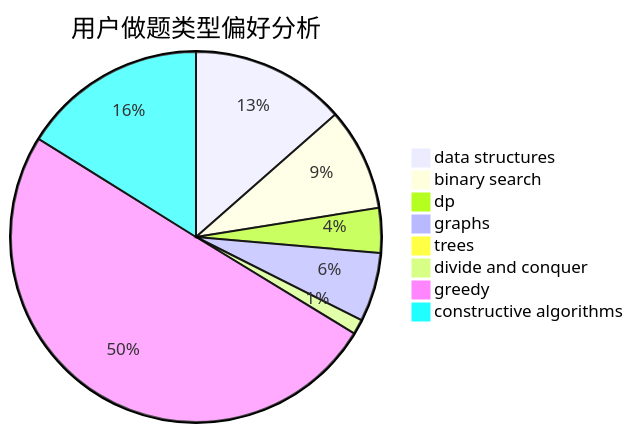
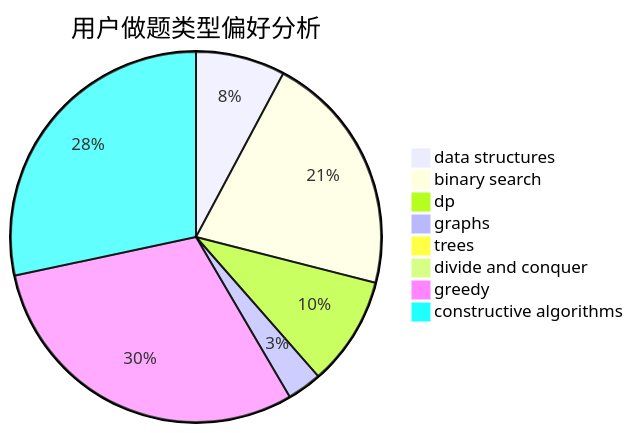
Before and after one commit to sherpahu/cfrs.github.io: the second of 3 diagrams in docs/user/u628.md, drawn with Mermaid. The commit also changed other lines of this file and 2770 other files, not shown here.

````diff
--- a/docs/user/u628.md
+++ b/docs/user/u628.md
@@ -23,11 +23,11 @@
 ```mermaid
 pie title 用户做题类型偏好分析
-    "data structures" :  83
-    "binary search" :  55
-    "dp" :  24
-    "graphs" :  37
+    "data structures" :  49
+    "binary search" :  133
+    "dp" :  60
+    "graphs" :  19
     "trees" :  2
-    "divide and conquer" :  8
-    "greedy" :  308
-    "constructive algorithms" :  99
+    "divide and conquer" :  0
+    "greedy" :  189
+    "constructive algorithms" :  178
 ```
````
